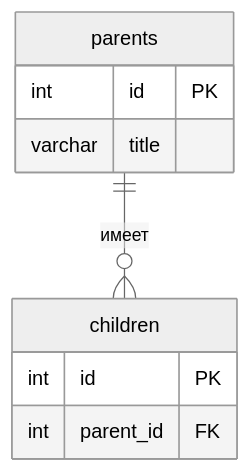
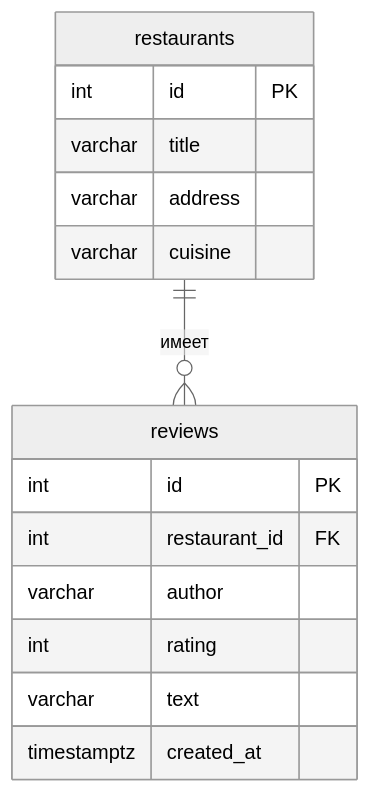
Before and after one commit to BombordiroKrocodilo/Backend-restaurants: the diagram in README.md, drawn with Mermaid (neutral theme). The commit also changed other lines of this file and 17 other files, not shown here.

````diff
--- a/README.md
+++ b/README.md
@@ -48,12 +64,18 @@
 ```mermaid
 erDiagram
-    parents ||--o{ children : "имеет"
-    parents {
+    restaurants ||--o{ reviews : "имеет"
+    restaurants {
         int id PK
         varchar title
+        varchar address
+        varchar cuisine
     }
-    children {
+    reviews {
         int id PK
-        int parent_id FK
+        int restaurant_id FK
+        varchar author
+        int rating
+        varchar text
+        timestamptz created_at
     }
 ```
````
